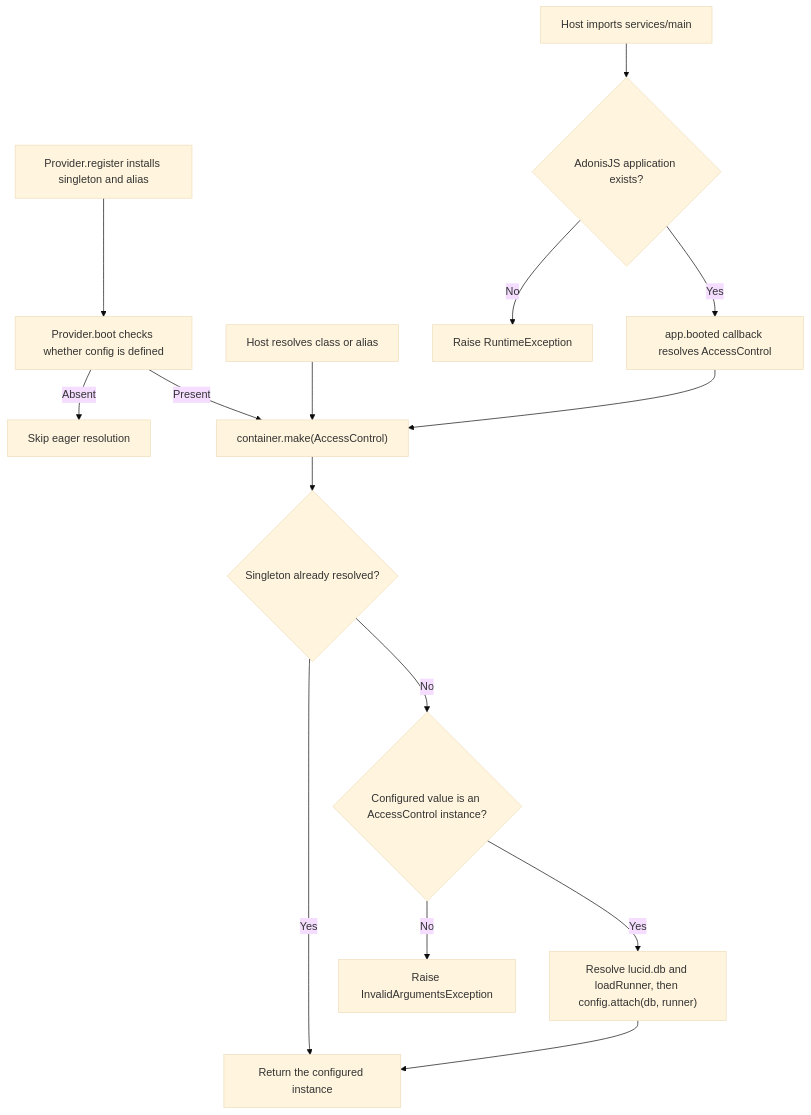
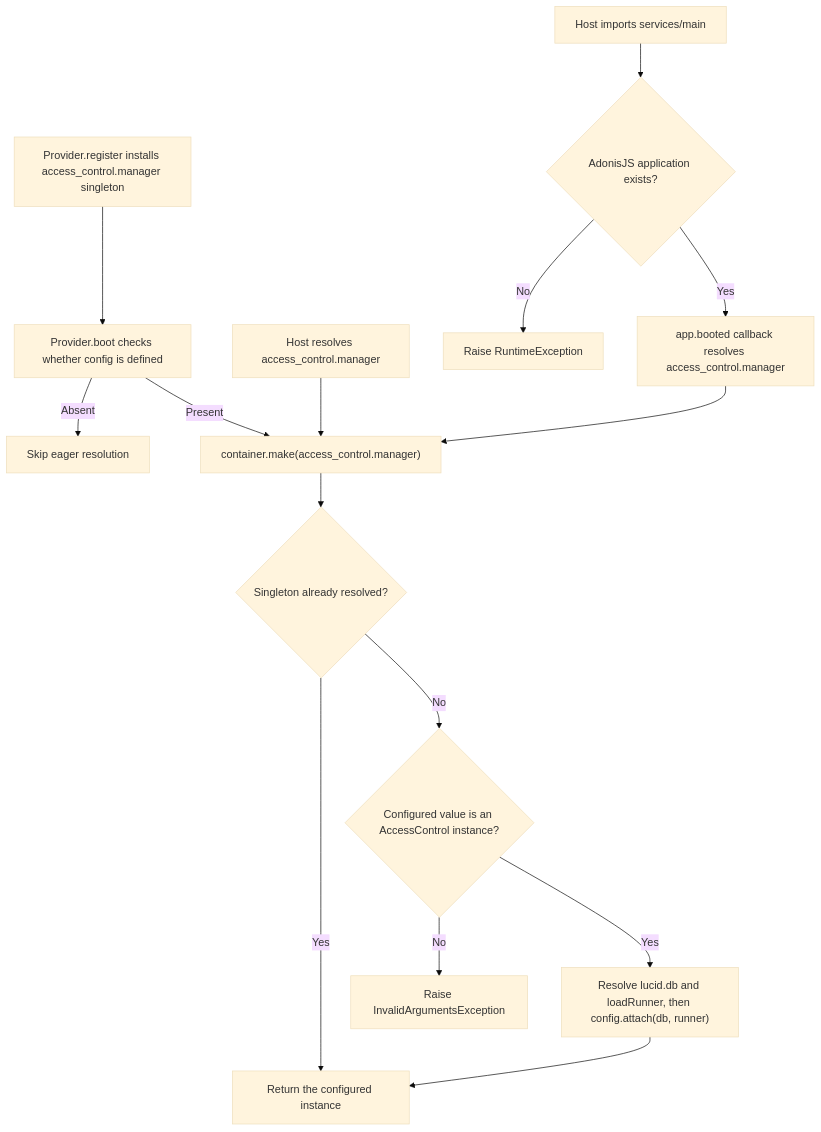
One commit to Kevinjohn/oss-adonisjs-access-control changed the second of 2 diagrams in user-stories/US-ACCESS-31-resolve-provider-service.md. Above: the diagram before and after it, drawn with Mermaid (base theme). The commit also changed other lines of this file and 2 other files, not shown here.

Commit message:
Update adoption stories for Access Control API changes

````diff
--- a/user-stories/US-ACCESS-31-resolve-provider-service.md
+++ b/user-stories/US-ACCESS-31-resolve-provider-service.md
@@ -32,17 +32,17 @@
 ```mermaid
 flowchart TD
-    A["Provider.register installs singleton and alias"] --> B["Provider.boot checks whether config is defined"]
+    A["Provider.register installs access_control.manager singleton"] --> B["Provider.boot checks whether config is defined"]
     B -->|Absent| X["Skip eager resolution"]
-    B -->|Present| C["container.make(AccessControl)"]
-    D["Host resolves class or alias"] --> C
+    B -->|Present| C["container.make(access_control.manager)"]
+    D["Host resolves access_control.manager"] --> C
     S["Host imports services/main"] --> T{"AdonisJS application exists?"}
     T -->|No| Q["Raise RuntimeException"]
-    T -->|Yes| U["app.booted callback resolves AccessControl"]
+    T -->|Yes| U["app.booted callback resolves access_control.manager"]
     U --> C
     C --> V{"Singleton already resolved?"}
     V -->|Yes| Y["Return the configured instance"]
     V -->|No| E{"Configured value is an AccessControl instance?"}
     E -->|No| N["Raise InvalidArgumentsException"]
     E -->|Yes| F["Resolve lucid.db and loadRunner, then config.attach(db, runner)"]
     F --> Y
 ```
````
